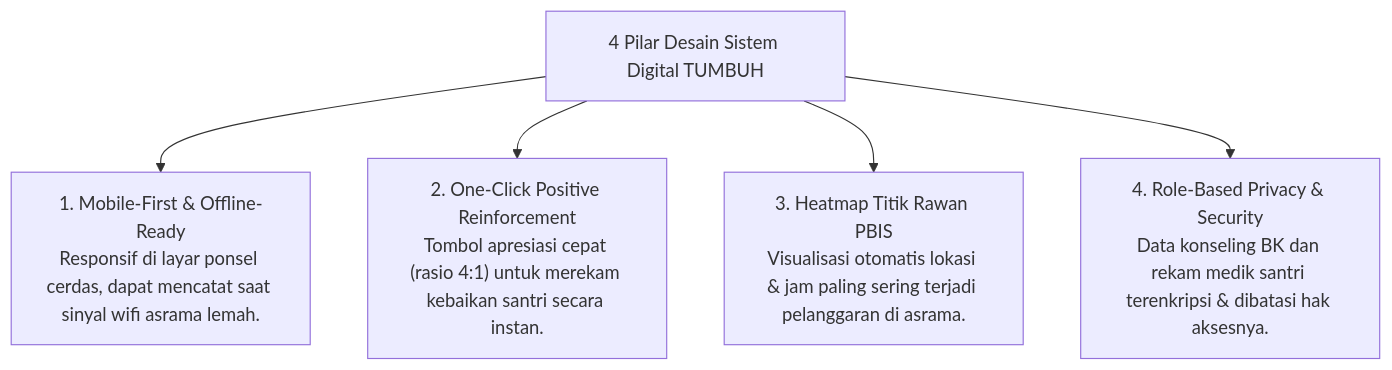
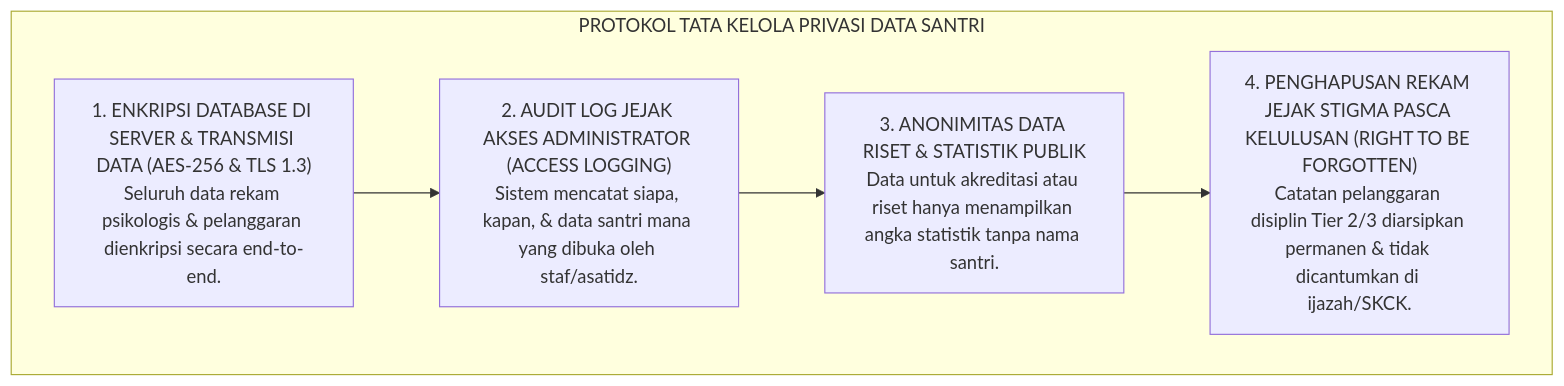
Before and after one commit to wandiapriliyandi/tumbuh: the seventh of 7 diagrams in 02 Principles/02 Design Principles/P2-02-04-Prinsip-Desain-Antarmuka-dan-Dashboard-Digital.md, drawn with Mermaid. The commit also changed other lines of this file and 42 other files, not shown here.

````diff
--- a/02 Principles/02 Design Principles/P2-02-04-Prinsip-Desain-Antarmuka-dan-Dashboard-Digital.md
+++ b/02 Principles/02 Design Principles/P2-02-04-Prinsip-Desain-Antarmuka-dan-Dashboard-Digital.md
@@ -19,9 +262,14 @@
 ```mermaid
-graph TD
-    UIUX["4 Pilar Desain Sistem Digital TUMBUH"]
-    
-    UIUX --> P1["1. Mobile-First & Offline-Ready<br/>Responsif di layar ponsel cerdas, dapat mencatat saat sinyal wifi asrama lemah."]
-    UIUX --> P2["2. One-Click Positive Reinforcement<br/>Tombol apresiasi cepat (rasio 4:1) untuk merekam kebaikan santri secara instan."]
-    UIUX --> P3["3. Heatmap Titik Rawan PBIS<br/>Visualisasi otomatis lokasi & jam paling sering terjadi pelanggaran di asrama."]
-    UIUX --> P4["4. Role-Based Privacy & Security<br/>Data konseling BK dan rekam medik santri terenkripsi & dibatasi hak aksesnya."]
+flowchart TD
+    subgraph ProtokolKeamananDataDigital["PROTOKOL TATA KELOLA PRIVASI DATA SANTRI"]
+        Enkripsi["1. ENKRIPSI DATABASE DI SERVER & TRANSMISI DATA (AES-256 & TLS 1.3)<br/>Seluruh data rekam psikologis & pelanggaran dienkripsi secara end-to-end."]
+        
+        AuditLog["2. AUDIT LOG JEJAK AKSES ADMINISTRATOR (ACCESS LOGGING)<br/>Sistem mencatat siapa, kapan, & data santri mana yang dibuka oleh staf/asatidz."]
+        
+        Anonimitas["3. ANONIMITAS DATA RISET & STATISTIK PUBLIK<br/>Data untuk akreditasi atau riset hanya menampilkan angka statistik tanpa nama santri."]
+        
+        HakHapus["4. PENGHAPUSAN REKAM JEJAK STIGMA PASCA KELULUSAN (RIGHT TO BE FORGOTTEN)<br/>Catatan pelanggaran disiplin Tier 2/3 diarsipkan permanen & tidak dicantumkan di ijazah/SKCK."]
+        
+        Enkripsi --> AuditLog --> Anonimitas --> HakHapus
+    end
 ```
````
